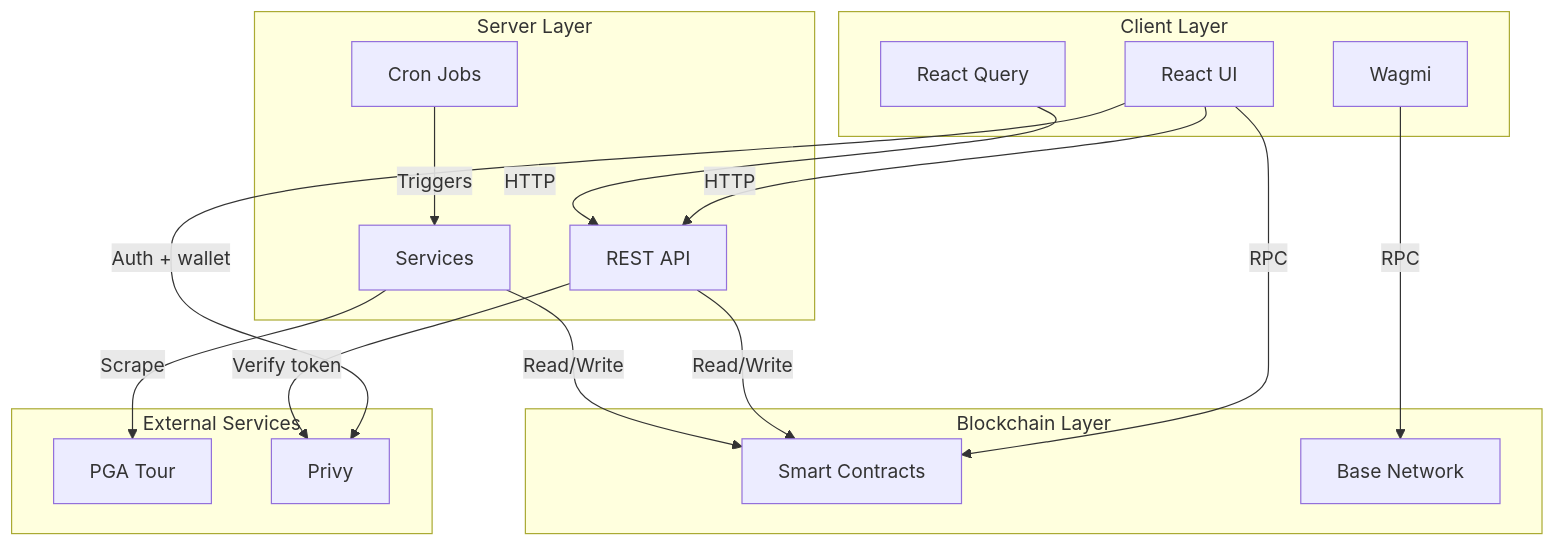
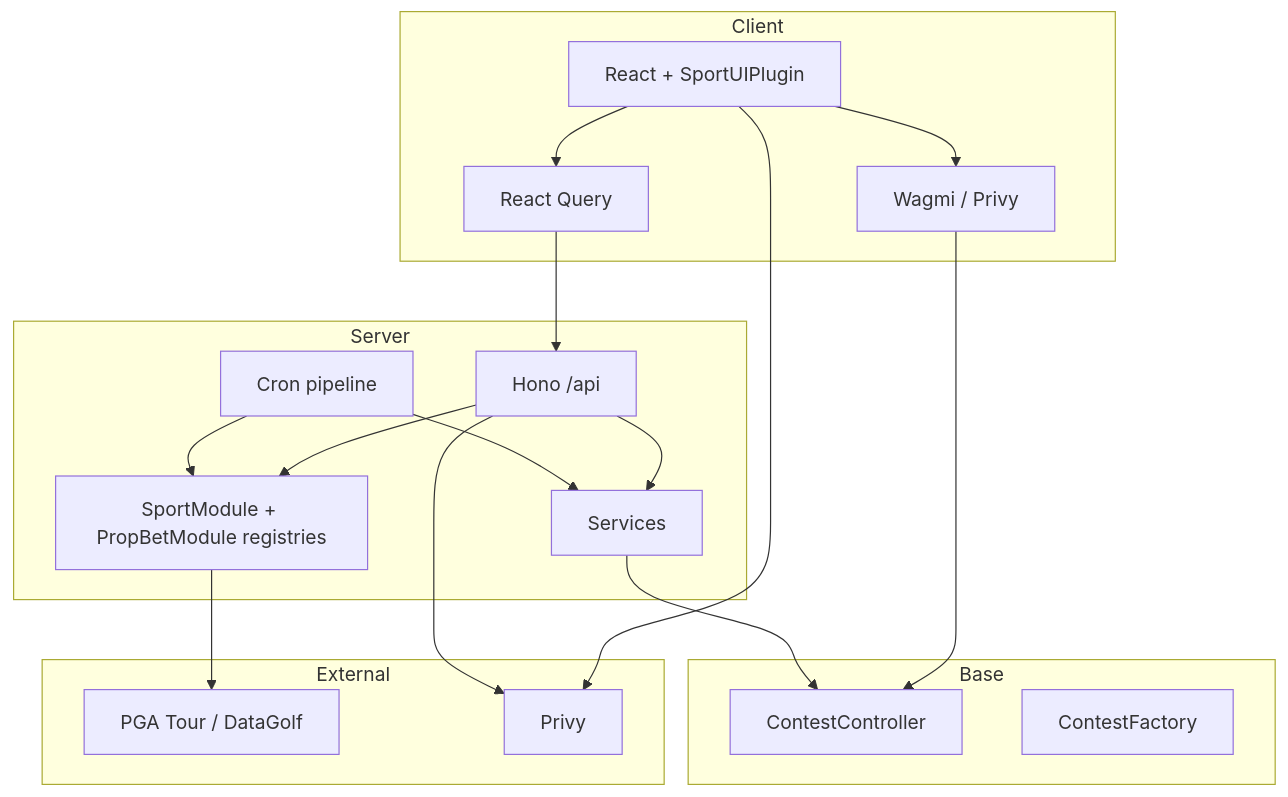
The first of 7 diagrams in spec/cross-layer.md (MagRelo/cut), drawn with Mermaid before and after one commit. The commit also changed other lines of this file and 214 other files, not shown here.

First line of the commit message:
Refactor platform architecture and enhance contest functionality

````diff
--- a/spec/cross-layer.md
+++ b/spec/cross-layer.md
@@ -5,37 +9,38 @@
 ```mermaid
 graph TB
-    subgraph client[Client Layer]
-        UI[React UI]
-        WAGMI[Wagmi]
-        QUERY[React Query]
-    end
-    
-    subgraph server[Server Layer]
-        API[REST API]
-        SVC[Services]
-        CRON[Cron Jobs]
-    end
-    
-    subgraph blockchain[Blockchain Layer]
-        CONTRACTS[Smart Contracts]
-        BASE[Base Network]
-    end
-    
-    subgraph external[External Services]
-        PGA[PGA Tour]
-        PRIVY[Privy]
-    end
-    
-    UI -->|HTTP| API
-    UI -->|RPC| CONTRACTS
-    WAGMI -->|RPC| BASE
-    QUERY -->|HTTP| API
-    
-    API -->|Read/Write| CONTRACTS
-    SVC -->|Scrape| PGA
-    SVC -->|Read/Write| CONTRACTS
-    CRON -->|Triggers| SVC
-    
-    UI -->|Auth + wallet| PRIVY
-    API -->|Verify token| PRIVY
+  subgraph client[Client]
+    UI[React + SportUIPlugin]
+    RQ[React Query]
+    WAGMI[Wagmi / Privy]
+  end
+
+  subgraph server[Server]
+    API[Hono /api]
+    REG[SportModule + PropBetModule registries]
+    SVC[Services]
+    CRON[Cron pipeline]
+  end
+
+  subgraph chain[Base]
+    CC[ContestController]
+    FACTORY[ContestFactory]
+  end
+
+  subgraph external[External]
+    PGA[PGA Tour / DataGolf]
+    PRIVY[Privy]
+  end
+
+  UI --> RQ
+  RQ --> API
+  UI --> WAGMI
+  WAGMI --> CC
+  API --> REG
+  API --> SVC
+  SVC --> CC
+  CRON --> REG
+  CRON --> SVC
+  REG --> PGA
+  UI --> PRIVY
+  API --> PRIVY
 ```
````
